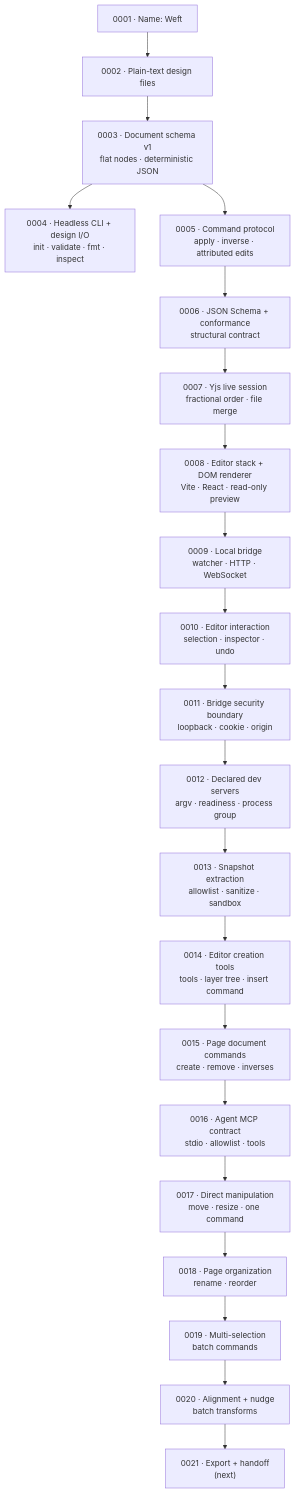
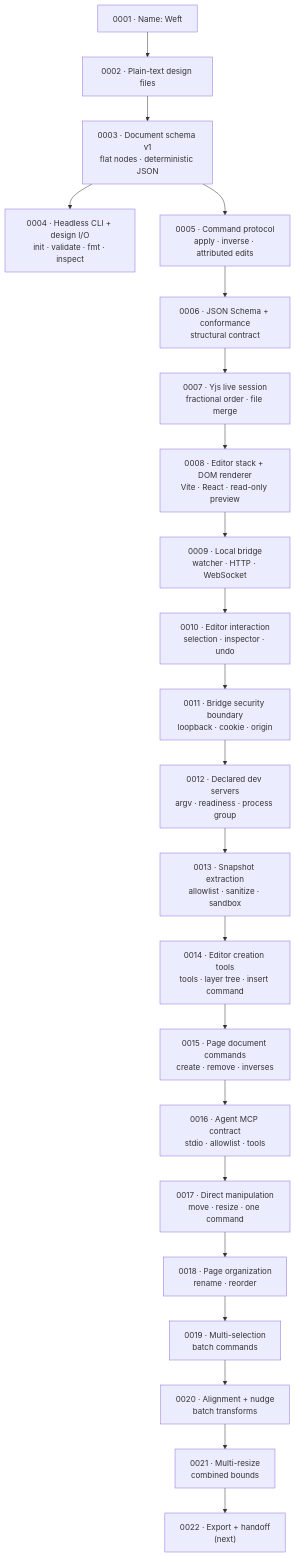
Before and after one commit to Pranesh-Selvaraj/Weft: the diagram in docs/decisions/README.md, drawn with Mermaid. The commit also changed other lines of this file and 11 other files, not shown here.

Commit message:
feat(editor): add combined multi-selection resize (#22)

````diff
--- a/docs/decisions/README.md
+++ b/docs/decisions/README.md
@@ -43,23 +44,24 @@
 ```mermaid
 graph TD
     A["0001 · Name: Weft"] --> B["0002 · Plain-text design files"]
     B --> C["0003 · Document schema v1<br/>flat nodes · deterministic JSON"]
     C --> D["0004 · Headless CLI + design I/O<br/>init · validate · fmt · inspect"]
     C --> E["0005 · Command protocol<br/>apply · inverse · attributed edits"]
     E --> F["0006 · JSON Schema + conformance<br/>structural contract"]
     F --> G["0007 · Yjs live session<br/>fractional order · file merge"]
     G --> H["0008 · Editor stack + DOM renderer<br/>Vite · React · read-only preview"]
     H --> I["0009 · Local bridge<br/>watcher · HTTP · WebSocket"]
     I --> J["0010 · Editor interaction<br/>selection · inspector · undo"]
     J --> K["0011 · Bridge security boundary<br/>loopback · cookie · origin"]
     K --> L["0012 · Declared dev servers<br/>argv · readiness · process group"]
     L --> M["0013 · Snapshot extraction<br/>allowlist · sanitize · sandbox"]
     M --> N["0014 · Editor creation tools<br/>tools · layer tree · insert command"]
     N --> O["0015 · Page document commands<br/>create · remove · inverses"]
     O --> P["0016 · Agent MCP contract<br/>stdio · allowlist · tools"]
     P --> Q["0017 · Direct manipulation<br/>move · resize · one command"]
     Q --> R["0018 · Page organization<br/>rename · reorder"]
     R --> S["0019 · Multi-selection<br/>batch commands"]
     S --> T["0020 · Alignment + nudge<br/>batch transforms"]
-    T --> U["0021 · Export + handoff<br/>(next)"]
+    T --> U["0021 · Multi-resize<br/>combined bounds"]
+    U --> V["0022 · Export + handoff<br/>(next)"]
 ```
````
